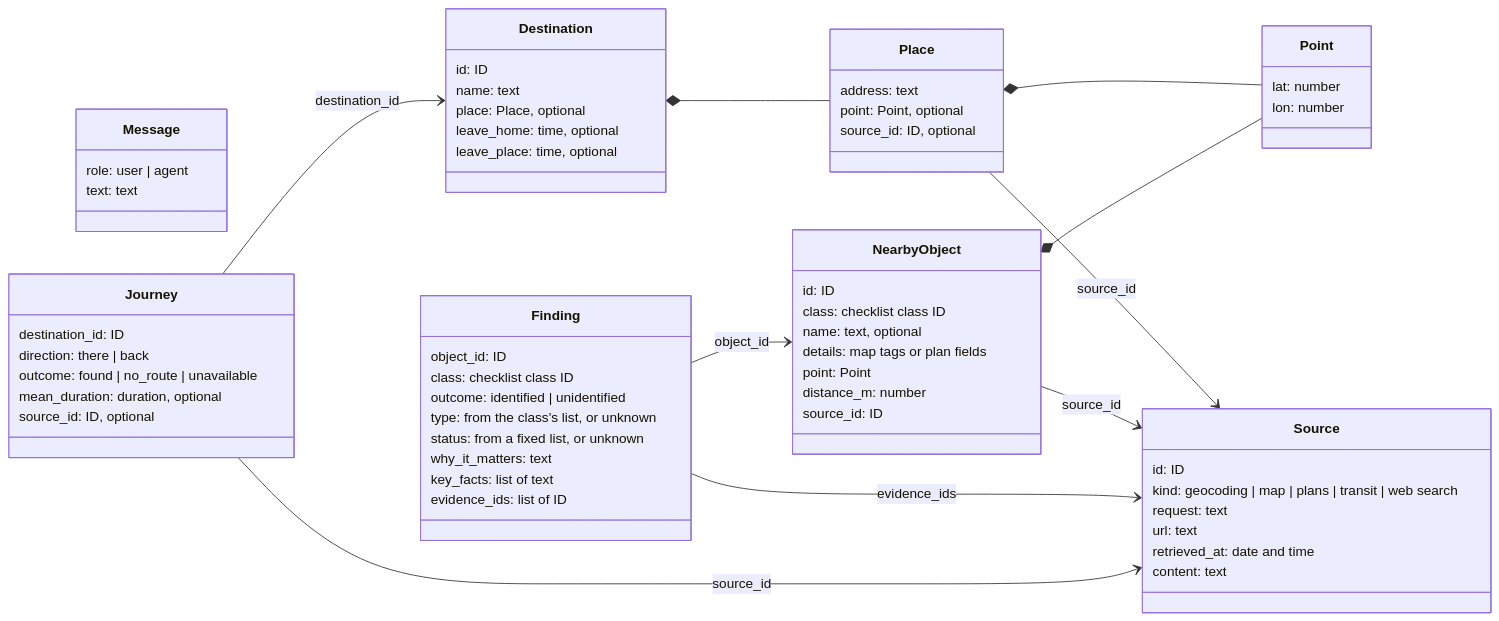
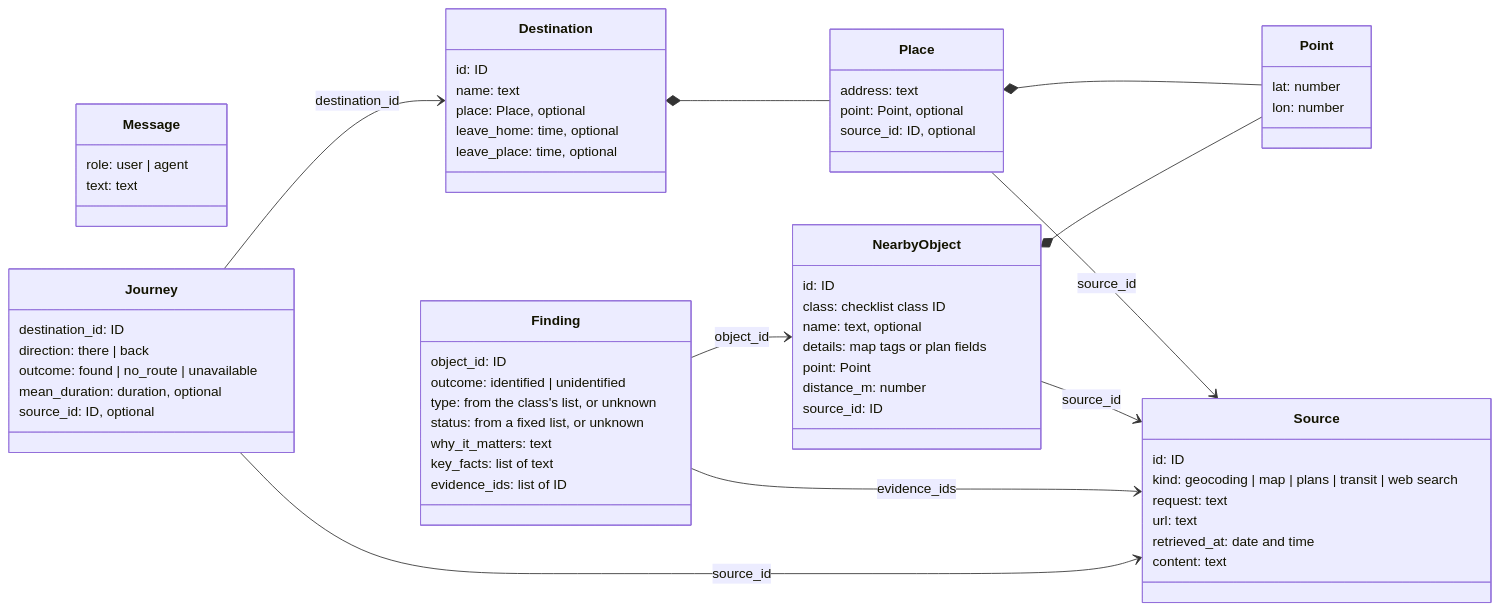
One commit to avashchenkov/out-of-frame changed the second of 2 diagrams in docs/architecture.md. Above: the diagram before and after it, drawn with Mermaid. The commit also changed other lines of this file, not shown here.

````diff
--- a/docs/architecture.md
+++ b/docs/architecture.md
@@ -209,67 +209,66 @@
 ```mermaid
 classDiagram
     direction LR
     class Message {
         role: user | agent
         text: text
     }
     class Place {
         address: text
         point: Point, optional
         source_id: ID, optional
     }
     class Point {
         lat: number
         lon: number
     }
     class Destination {
         id: ID
         name: text
         place: Place, optional
         leave_home: time, optional
         leave_place: time, optional
     }
     class Source {
         id: ID
         kind: geocoding | map | plans | transit | web search
         request: text
         url: text
         retrieved_at: date and time
         content: text
     }
     class NearbyObject {
         id: ID
         class: checklist class ID
         name: text, optional
         details: map tags or plan fields
         point: Point
         distance_m: number
         source_id: ID
     }
     class Finding {
         object_id: ID
-        class: checklist class ID
         outcome: identified | unidentified
         type: from the class's list, or unknown
         status: from a fixed list, or unknown
         why_it_matters: text
         key_facts: list of text
         evidence_ids: list of ID
     }
     class Journey {
         destination_id: ID
         direction: there | back
         outcome: found | no_route | unavailable
         mean_duration: duration, optional
         source_id: ID, optional
     }
     Destination *-- Place
     Place *-- Point
     Place --> Source : source_id
     NearbyObject *-- Point
     NearbyObject --> Source : source_id
     Finding --> NearbyObject : object_id
     Finding --> Source : evidence_ids
     Journey --> Destination : destination_id
     Journey --> Source : source_id
 ```
````
